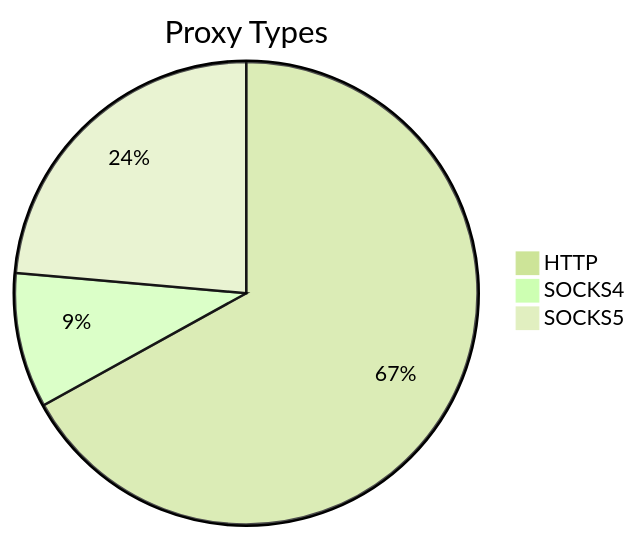
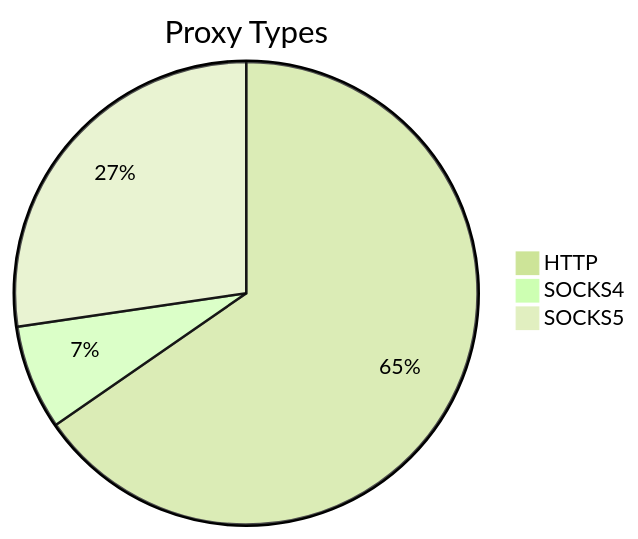
Before and after one commit to stormsia/proxy-list: the first of 2 diagrams in README.md, drawn with Mermaid (forest theme). The commit also changed other lines of this file, not shown here.

````diff
--- a/README.md
+++ b/README.md
@@ -21,6 +21,6 @@
 ```mermaid
 pie title Proxy Types
-    "HTTP" : 227
-    "SOCKS4" : 32
-    "SOCKS5" : 80
+    "HTTP" : 134
+    "SOCKS4" : 15
+    "SOCKS5" : 56
 ```
````
